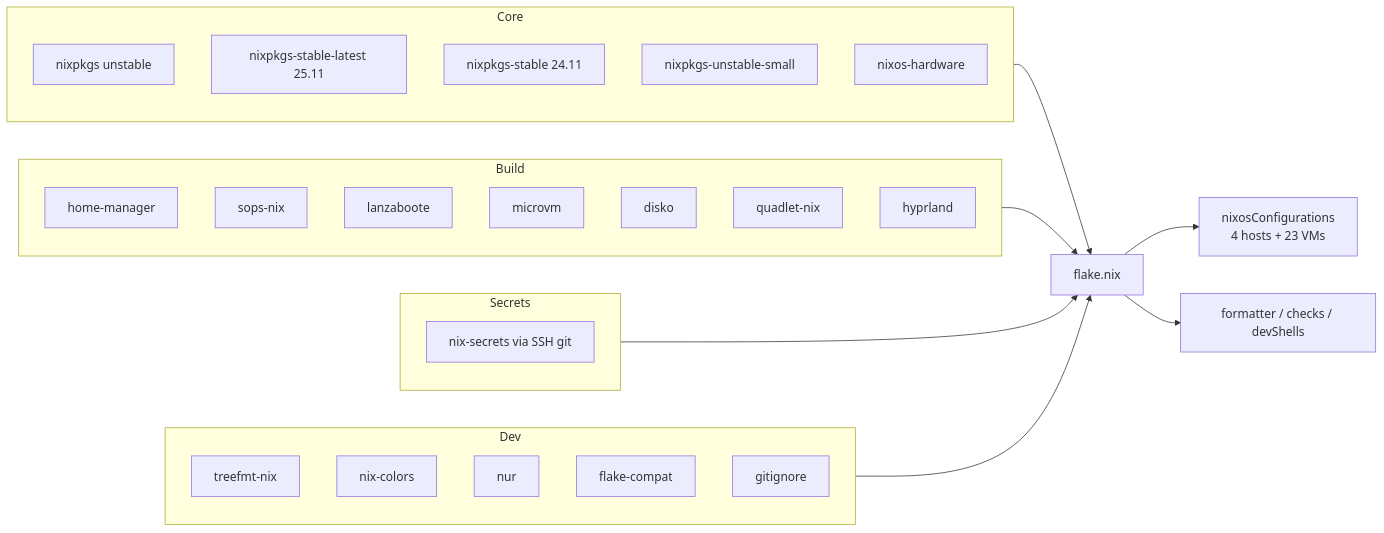
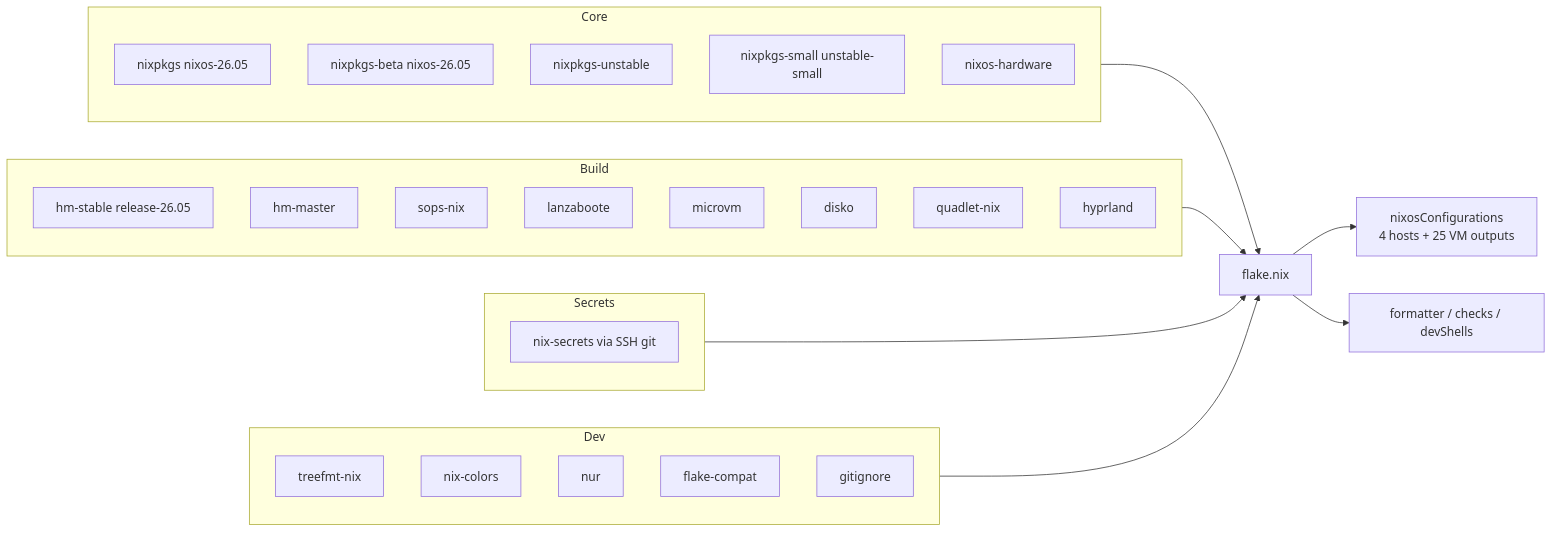
The second of 10 diagrams in docs/Project_Architecture_Blueprint.md (telometto/nix-config), drawn with Mermaid before and after one commit. The commit also changed other lines of this file and 7 other files, not shown here.

````diff
--- a/docs/Project_Architecture_Blueprint.md
+++ b/docs/Project_Architecture_Blueprint.md
@@ -68,35 +68,36 @@
 ```mermaid
 flowchart LR
     subgraph Core
-        NP[nixpkgs unstable]
-        NPS[nixpkgs-stable-latest 25.11]
-        NPS2[nixpkgs-stable 24.11]
-        NPU[nixpkgs-unstable-small]
+        NP[nixpkgs nixos-26.05]
+        NPB[nixpkgs-beta nixos-26.05]
+        NPU[nixpkgs-unstable]
+        NPS[nixpkgs-small unstable-small]
         NHW[nixos-hardware]
     end
     subgraph Build
-        HM[home-manager]
+        HM[hm-stable release-26.05]
+        HMM[hm-master]
         SOPS[sops-nix]
         LB[lanzaboote]
         MVM[microvm]
         DISKO[disko]
         QN[quadlet-nix]
         HYP[hyprland]
     end
     subgraph Secrets
         NS[nix-secrets via SSH git]
     end
     subgraph Dev
         TFMT[treefmt-nix]
         NC[nix-colors]
         NUR[nur]
         FC[flake-compat]
         GI[gitignore]
     end
     Core --> F[flake.nix]
     Build --> F
     Secrets --> F
     Dev --> F
-    F --> OUT1[nixosConfigurations\n4 hosts + 23 VMs]
+    F --> OUT1[nixosConfigurations\n4 hosts + 25 VM outputs]
     F --> OUT2[formatter / checks / devShells]
 ```
````
